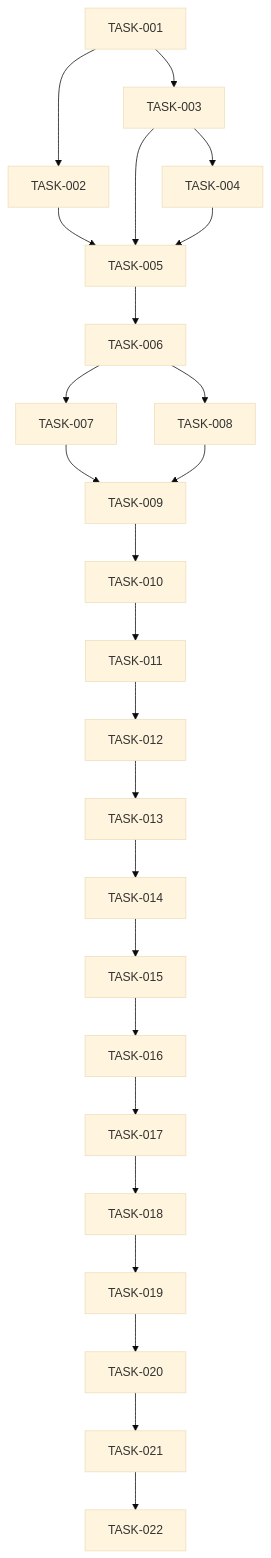
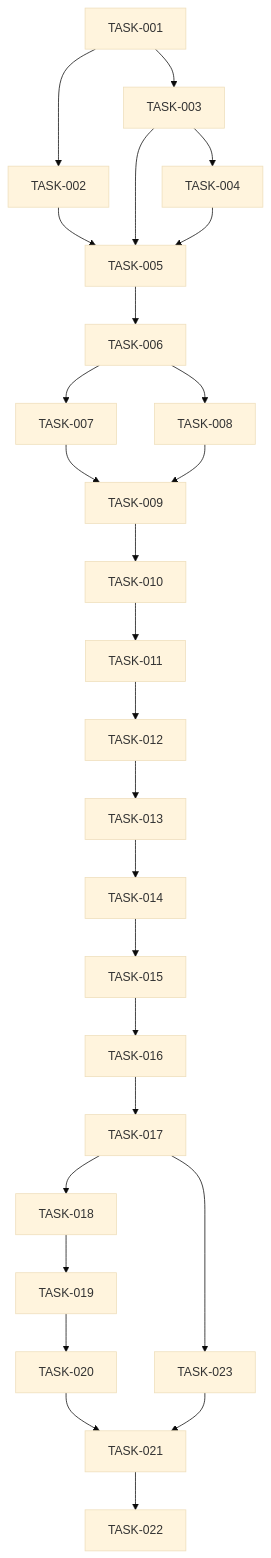
One commit to GuilhermeCN-web/Tropa-Fight changed the diagram in TASKS.md. Above: the diagram before and after it, drawn with Mermaid (base theme). The commit also changed other lines of this file and 20 other files, not shown here.

````diff
--- a/TASKS.md
+++ b/TASKS.md
@@ -544,31 +702,33 @@
 ```mermaid
 flowchart TD
     T001[TASK-001] --> T002[TASK-002]
     T001 --> T003[TASK-003]
     T003 --> T004[TASK-004]
 
     T002 --> T005[TASK-005]
     T003 --> T005
     T004 --> T005
 
     T005 --> T006[TASK-006]
     T006 --> T007[TASK-007]
     T006 --> T008[TASK-008]
     T007 --> T009[TASK-009]
     T008 --> T009
     T009 --> T010[TASK-010]
 
     T010 --> T011[TASK-011]
     T011 --> T012[TASK-012]
     T012 --> T013[TASK-013]
     T013 --> T014[TASK-014]
     T014 --> T015[TASK-015]
     T015 --> T016[TASK-016]
 
     T016 --> T017[TASK-017]
     T017 --> T018[TASK-018]
     T018 --> T019[TASK-019]
     T019 --> T020[TASK-020]
+    T017 --> T023[TASK-023]
     T020 --> T021[TASK-021]
+    T023 --> T021
     T021 --> T022[TASK-022]
 ```
````
